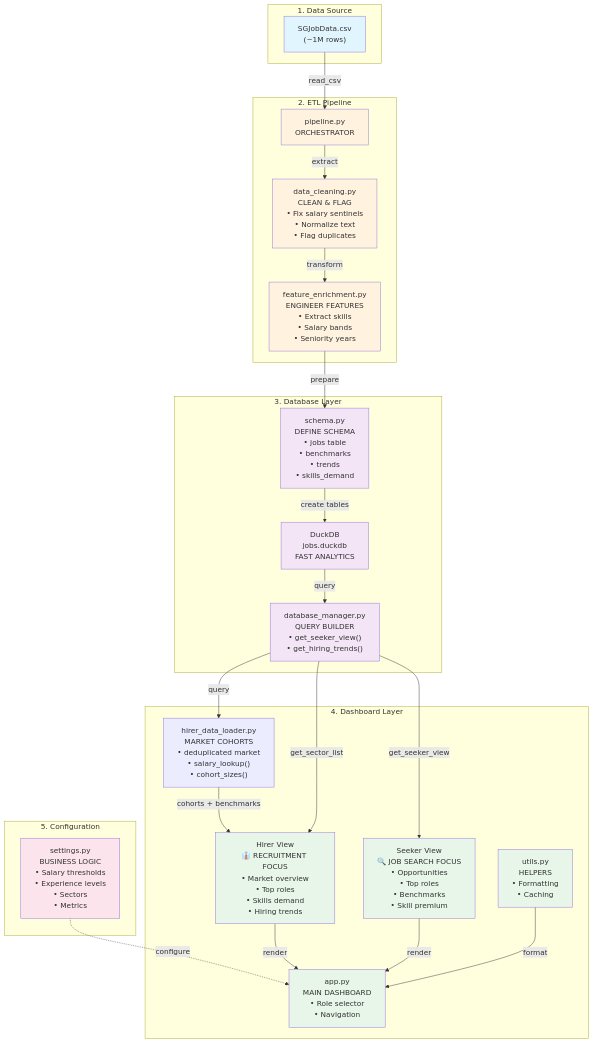
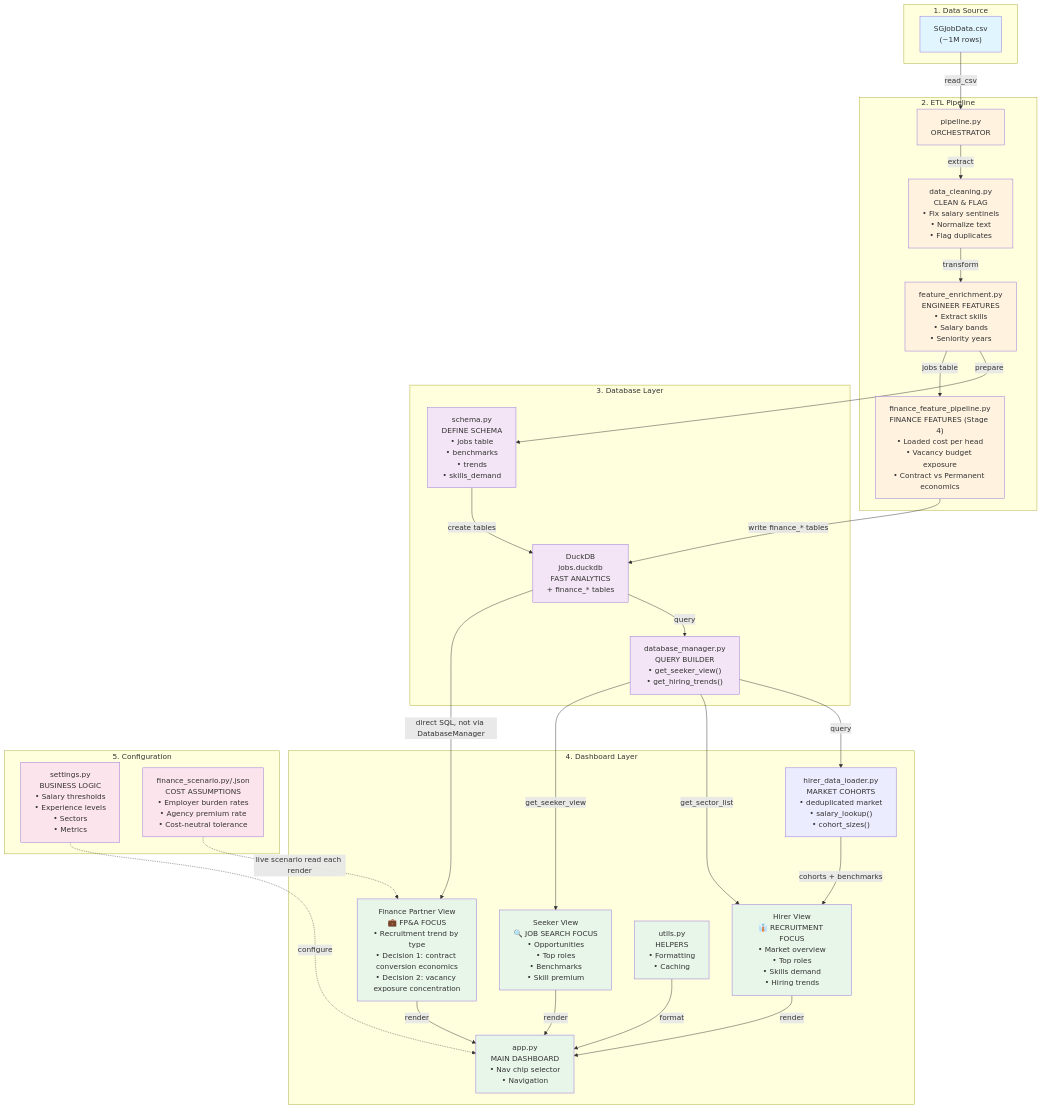
Before and after one commit to bomberblue/job-analytics-dashboard: the diagram in ARCHITECTURE.md, drawn with Mermaid. The commit also changed other lines of this file and 2 other files, not shown here.

Commit message:
Updated the overall architecture, project structure and installation guide.

````diff
--- a/ARCHITECTURE.md
+++ b/ARCHITECTURE.md
@@ -1,58 +8,69 @@
 ```mermaid
 graph TB
     subgraph "1. Data Source"
         CSV["SGJobData.csv<br/>(~1M rows)"]
     end
 
     subgraph "2. ETL Pipeline"
         PIPE["pipeline.py<br/>ORCHESTRATOR"]
         CLEAN["data_cleaning.py<br/>CLEAN & FLAG<br/>• Fix salary sentinels<br/>• Normalize text<br/>• Flag duplicates"]
         FEAT["feature_enrichment.py<br/>ENGINEER FEATURES<br/>• Extract skills<br/>• Salary bands<br/>• Seniority years"]
+        FINFEAT["finance_feature_pipeline.py<br/>FINANCE FEATURES (Stage 4)<br/>• Loaded cost per head<br/>• Vacancy budget exposure<br/>• Contract vs Permanent economics"]
     end
 
     subgraph "3. Database Layer"
         SCHEMA["schema.py<br/>DEFINE SCHEMA<br/>• jobs table<br/>• benchmarks<br/>• trends<br/>• skills_demand"]
-        DB["DuckDB<br/>jobs.duckdb<br/>FAST ANALYTICS"]
+        DB["DuckDB<br/>jobs.duckdb<br/>FAST ANALYTICS<br/>+ finance_* tables"]
         DBMGR["database_manager.py<br/>QUERY BUILDER<br/>• get_seeker_view()<br/>• get_hiring_trends()"]
     end
 
     subgraph "4. Dashboard Layer"
-        APP["app.py<br/>MAIN DASHBOARD<br/>• Role selector<br/>• Navigation"]
+        APP["app.py<br/>MAIN DASHBOARD<br/>• Nav chip selector<br/>• Navigation"]
         HIRER["Hirer View<br/>👔 RECRUITMENT FOCUS<br/>• Market overview<br/>• Top roles<br/>• Skills demand<br/>• Hiring trends"]
         SEEKER["Seeker View<br/>🔍 JOB SEARCH FOCUS<br/>• Opportunities<br/>• Top roles<br/>• Benchmarks<br/>• Skill premium"]
+        FINANCE["Finance Partner View<br/>💼 FP&A FOCUS<br/>• Recruitment trend by type<br/>• Decision 1: contract conversion economics<br/>• Decision 2: vacancy exposure concentration"]
         DL["hirer_data_loader.py<br/>MARKET COHORTS<br/>• deduplicated market<br/>• salary_lookup()<br/>• cohort_sizes()"]
         UTILS["utils.py<br/>HELPERS<br/>• Formatting<br/>• Caching"]
     end
 
     subgraph "5. Configuration"
         CONFIG["settings.py<br/>BUSINESS LOGIC<br/>• Salary thresholds<br/>• Experience levels<br/>• Sectors<br/>• Metrics"]
+        FINCONFIG["finance_scenario.py/.json<br/>COST ASSUMPTIONS<br/>• Employer burden rates<br/>• Agency premium rate<br/>• Cost-neutral tolerance"]
     end
 
     CSV -->|read_csv| PIPE
     PIPE -->|extract| CLEAN
     CLEAN -->|transform| FEAT
     FEAT -->|prepare| SCHEMA
+    FEAT -->|jobs table| FINFEAT
     SCHEMA -->|create tables| DB
+    FINFEAT -->|write finance_* tables| DB
     DB -->|query| DBMGR
     DBMGR -->|query| DL
     DL -->|cohorts + benchmarks| HIRER
     DBMGR -->|get_sector_list| HIRER
     DBMGR -->|get_seeker_view| SEEKER
+    DB -->|direct SQL, not via DatabaseManager| FINANCE
     CONFIG -.->|configure| APP
+    FINCONFIG -.->|live scenario read each render| FINANCE
     HIRER -->|render| APP
     SEEKER -->|render| APP
+    FINANCE -->|render| APP
     UTILS -->|format| APP
 
     style CSV fill:#e1f5ff
     style PIPE fill:#fff3e0
     style CLEAN fill:#fff3e0
     style FEAT fill:#fff3e0
+    style FINFEAT fill:#fff3e0
     style SCHEMA fill:#f3e5f5
     style DB fill:#f3e5f5
     style DBMGR fill:#f3e5f5
     style APP fill:#e8f5e9
     style HIRER fill:#e8f5e9
     style SEEKER fill:#e8f5e9
+    style FINANCE fill:#e8f5e9
     style UTILS fill:#e8f5e9
     style CONFIG fill:#fce4ec
+    style FINCONFIG fill:#fce4ec
 ```
````
